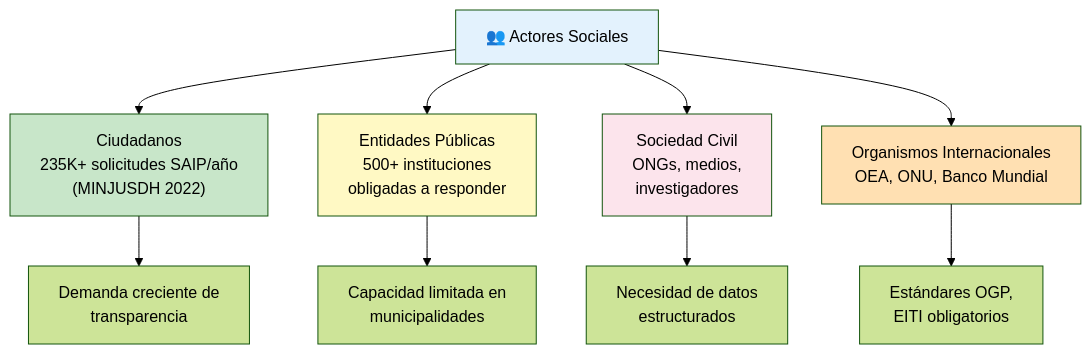
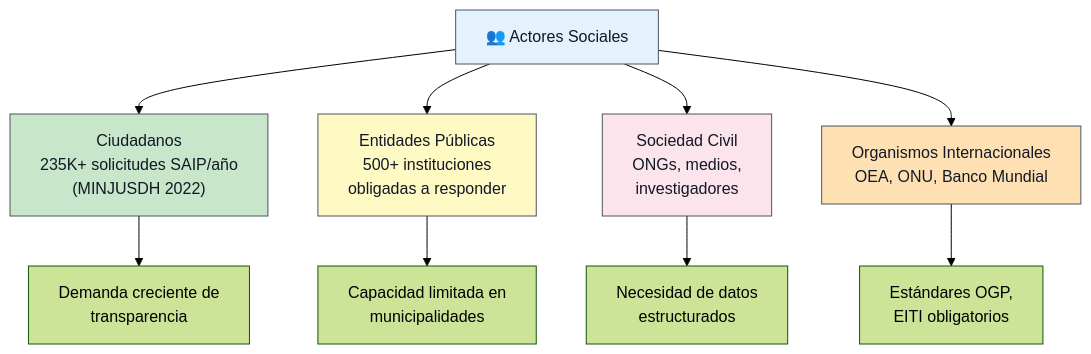
Before and after one commit to transparenciapublicadev/plataforma-saip-apelaciones: the first of 7 diagrams in docs/src/content/docs/introduccion/contexto-proyecto.mdx, drawn with Mermaid (forest theme). The commit also changed other lines of this file and 4 other files, not shown here.

First line of the commit message:
✨ feat(docs): improve Mermaid contrast and add docs CI workflow

````diff
--- a/docs/src/content/docs/introduccion/contexto-proyecto.mdx
+++ b/docs/src/content/docs/introduccion/contexto-proyecto.mdx
@@ -37,18 +37,18 @@
 ```mermaid
 graph TD
     A["👥 Actores Sociales"] --> B["Ciudadanos<br/>235K+ solicitudes SAIP/año<br/>(MINJUSDH 2022)"]
     A --> C["Entidades Públicas<br/>500+ instituciones<br/>obligadas a responder"]
     A --> D["Sociedad Civil<br/>ONGs, medios,<br/>investigadores"]
     A --> E["Organismos Internacionales<br/>OEA, ONU, Banco Mundial"]
     
     B --> B1["Demanda creciente de<br/>transparencia"]
     C --> C1["Capacidad limitada en<br/>municipalidades"]
     D --> D1["Necesidad de datos<br/>estructurados"]
     E --> E1["Estándares OGP,<br/>EITI obligatorios"]
     
-    style A fill:#e3f2fd
-    style B fill:#c8e6c9
-    style C fill:#fff9c4
-    style D fill:#fce4ec
-    style E fill:#ffe0b2
+    style A fill:#e3f2fd,color:#111827,stroke:#4b5563,stroke-width:1px
+    style B fill:#c8e6c9,color:#111827,stroke:#4b5563,stroke-width:1px
+    style C fill:#fff9c4,color:#111827,stroke:#4b5563,stroke-width:1px
+    style D fill:#fce4ec,color:#111827,stroke:#4b5563,stroke-width:1px
+    style E fill:#ffe0b2,color:#111827,stroke:#4b5563,stroke-width:1px
 ```
````
